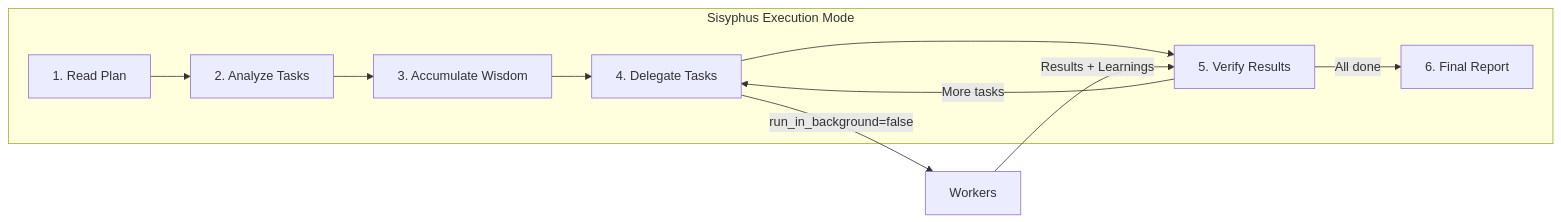
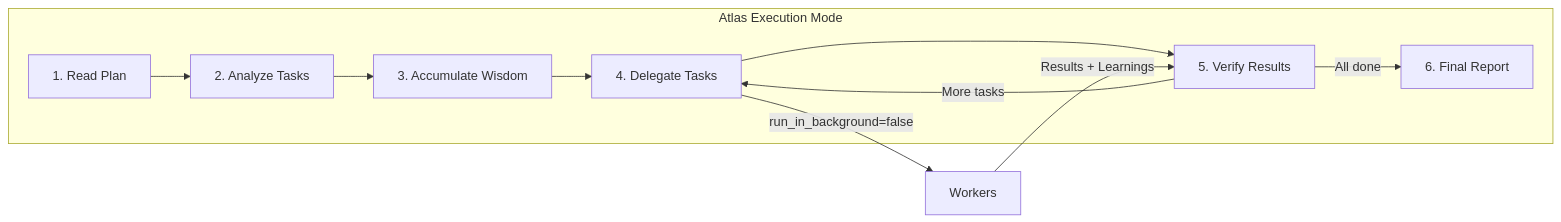
The third of 4 diagrams in docs/guide/understanding-orchestration-system.md (arcthur/oh-my-opencode), drawn with Mermaid before and after one commit. The commit also changed other lines of this file and 72 other files, not shown here.

First line of the commit message:
feat(execution): restore Atlas execution pipeline on SSOT

````diff
--- a/docs/guide/understanding-orchestration-system.md
+++ b/docs/guide/understanding-orchestration-system.md
@@ -136,21 +136,21 @@
 ```mermaid
 flowchart LR
-    subgraph Orchestrator["Sisyphus Execution Mode"]
+    subgraph Orchestrator["Atlas Execution Mode"]
         Read["1. Read Plan"]
         Analyze["2. Analyze Tasks"]
         Wisdom["3. Accumulate Wisdom"]
         Delegate["4. Delegate Tasks"]
         Verify["5. Verify Results"]
         Report["6. Final Report"]
     end
     
     Read --> Analyze
     Analyze --> Wisdom
     Wisdom --> Delegate
     Delegate --> Verify
     Verify -->|"More tasks"| Delegate
     Verify -->|"All done"| Report
     
     Delegate -->|"run_in_background=false"| Workers["Workers"]
     Workers -->|"Results + Learnings"| Verify
 ```
````
